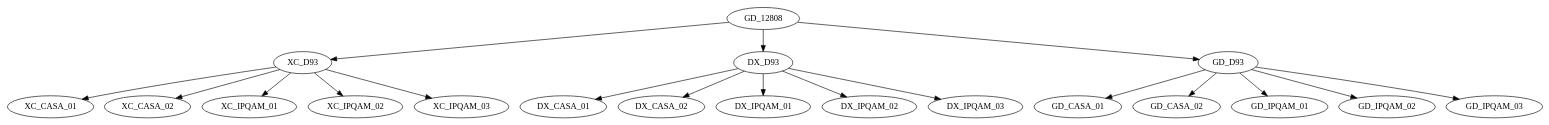
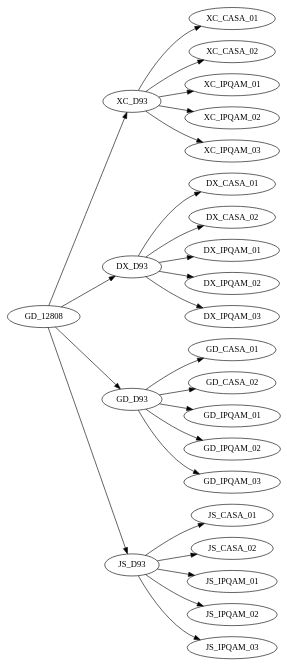
One commit to partrickli/ExcelToGraphviz changed the diagram in gv.dot. Above: the diagram before and after it, drawn with Graphviz. The commit also changed 3 other files, not shown here.

```diff
--- a/gv.dot
+++ b/gv.dot
@@ -1,56 +1,52 @@
 digraph { 
+    rankdir=LR
     
     GD_12808 -> XC_D93
   
-
     GD_12808 -> DX_D93
   
-
     GD_12808 -> GD_D93
   
-
+    GD_12808 -> JS_D93
+  
     GD_D93 -> GD_CASA_01
   
-
     GD_D93 -> GD_CASA_02
   
-
     GD_D93 -> GD_IPQAM_01
   
-
     GD_D93 -> GD_IPQAM_02
   
-
     GD_D93 -> GD_IPQAM_03
   
-
     XC_D93 -> XC_CASA_01
   
-
     XC_D93 -> XC_CASA_02
   
-
     XC_D93 -> XC_IPQAM_01
   
-
     XC_D93 -> XC_IPQAM_02
   
-
     XC_D93 -> XC_IPQAM_03
   
-
     DX_D93 -> DX_CASA_01
   
-
     DX_D93 -> DX_CASA_02
   
-
     DX_D93 -> DX_IPQAM_01
   
-
     DX_D93 -> DX_IPQAM_02
   
-
     DX_D93 -> DX_IPQAM_03
   
+    JS_D93 -> JS_CASA_01
+  
+    JS_D93 -> JS_CASA_02
+  
+    JS_D93 -> JS_IPQAM_01
+  
+    JS_D93 -> JS_IPQAM_02
+  
+    JS_D93 -> JS_IPQAM_03
+  
  }
```
